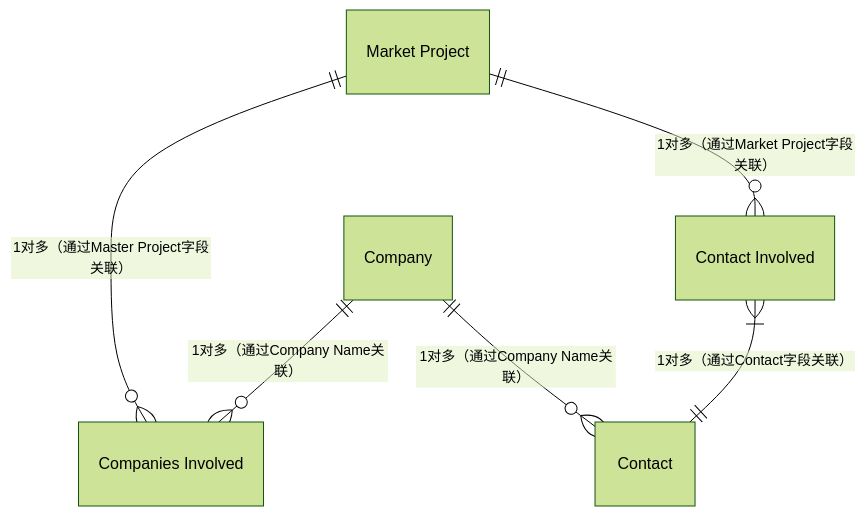
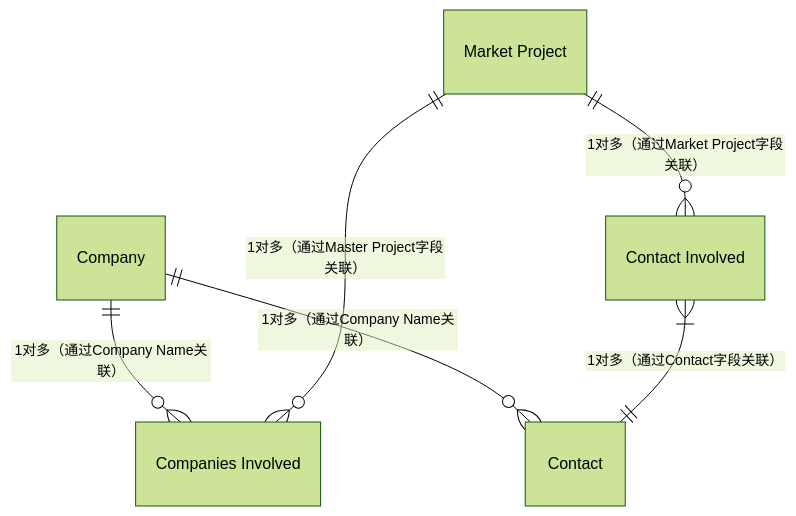
Before and after one commit to zhangziru-33/iodraw-files: the diagram in all/Norden数据E-R图(7个对象，+contact).md, drawn with Mermaid (forest theme).

Commit message:
2025-12-04 14:07:39 update

````diff
--- a/all/Norden数据E-R图(7个对象，+contact).md
+++ b/all/Norden数据E-R图(7个对象，+contact).md
@@ -1,13 +1,14 @@
 ```mermaid
 erDiagram
+ Company ||--o{ "Contact" : "1对多（通过Company Name关联）"
     Company ||--o{ "Companies Involved" : "1对多（通过Company Name关联）"
     %% Company ||--o{ "PV Product" : "1对多（通过Company字段关联）"
     "Contact Involved" }|--|| "Contact" : "1对多（通过Contact字段关联）"
-    Company ||--o{ "Contact" : "1对多（通过Company Name关联）"
+   
     "Market Project" ||--o{ "Companies Involved" : "1对多（通过Master Project字段关联）"
     "Market Project" ||--o{ "Contact Involved" : "1对多（通过Market Project字段关联）"
     %% "Market Project" ||--o{ "MP Product" : "1对多（通过Market Project字段关联）"
     %% "MP Product" }|--|| "PV Product" : "多对1（通过产品参数关联，如Frame Material）"
    
     %% Contact ||--o{ "Conatct Involved" : "1对多（通过Conatct字段关联）"
 ```
````
